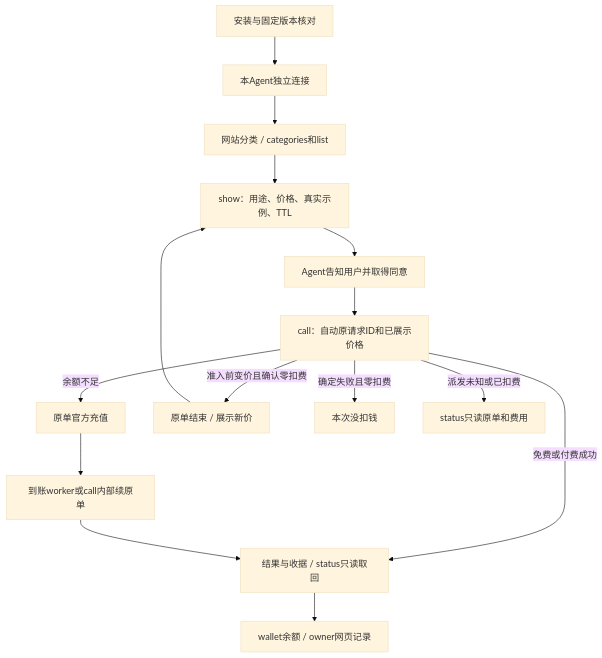
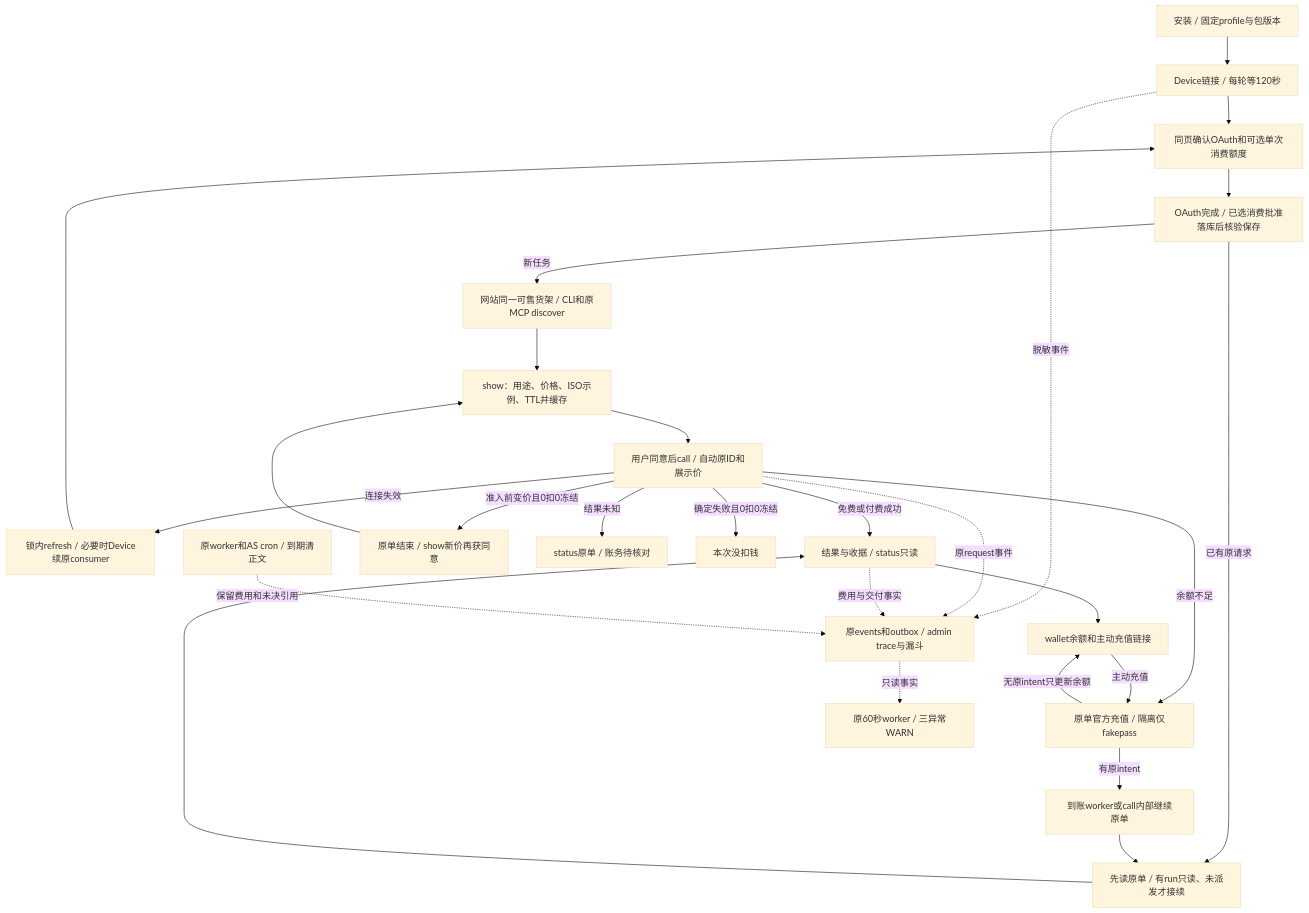
Before and after one commit to itpay-ai/cli: the diagram in README.md, drawn with Mermaid (base theme). The commit also changed other lines of this file and 3 other files, not shown here.

````diff
--- a/README.md
+++ b/README.md
@@ -5,17 +5,29 @@
 ```mermaid
 flowchart TD
- A[安装与固定版本核对] --> B[本Agent独立连接]
- B --> C[网站分类 / categories和list]
- C --> S[show：用途、价格、真实示例、TTL]
- S --> Y[Agent告知用户并取得同意]
- Y --> Q[call：自动原请求ID和已展示价格]
- Q -->|免费或付费成功| R[结果与收据 / status只读取回]
- Q -->|余额不足| T[原单官方充值]
- T --> W[到账worker或call内部续原单]
- W --> R
- Q -->|准入前变价且确认零扣费| N[原单结束 / 展示新价]
- N --> S
- Q -->|确定失败且零扣费| F[本次没扣钱]
- Q -->|派发未知或已扣费| U[status只读原单和费用]
- R --> Z[wallet余额 / owner网页记录]
+ A01[安装 / 固定profile与包版本] --> A02[Device链接 / 每轮等120秒]
+ A02 --> A03[同页确认OAuth和可选单次消费额度]
+ A03 --> A04[OAuth完成 / 已选消费批准落库后核验保存]
+ A04 -->|新任务| B01[网站同一可售货架 / CLI和原MCP discover]
+ B01 --> B02[show：用途、价格、ISO示例、TTL并缓存]
+ B02 --> B03[用户同意后call / 自动原ID和展示价]
+ B03 -->|连接失效| A05[锁内refresh / 必要时Device续原consumer]
+ A05 --> A03
+ A04 -->|已有原请求| B04[先读原单 / 有run只读、未派发才接续]
+ B04 --> R[结果与收据 / status只读]
+ B03 -->|免费或付费成功| R
+ B03 -->|余额不足| T[原单官方充值 / 隔离仅fakepass]
+ T -->|有原intent| W[到账worker或call内部继续原单]
+ W --> B04
+ B03 -->|准入前变价且0扣0冻结| N[原单结束 / show新价再获同意]
+ N --> B02
+ B03 -->|结果未知| U[status原单 / 账务待核对]
+ B03 -->|确定失败且0扣0冻结| F[本次没扣钱]
+ R --> V[wallet余额和主动充值链接]
+ V -->|主动充值| T
+ T -->|无原intent只更新余额| V
+ A02 -.脱敏事件.-> O01[原events和outbox / admin trace与漏斗]
+ B03 -.原request事件.-> O01
+ R -.费用与交付事实.-> O01
+ O01 -.只读事实.-> O02[原60秒worker / 三异常WARN]
+ O03[原worker和AS cron / 到期清正文] -.保留费用和未决引用.-> O01
 ```
````
